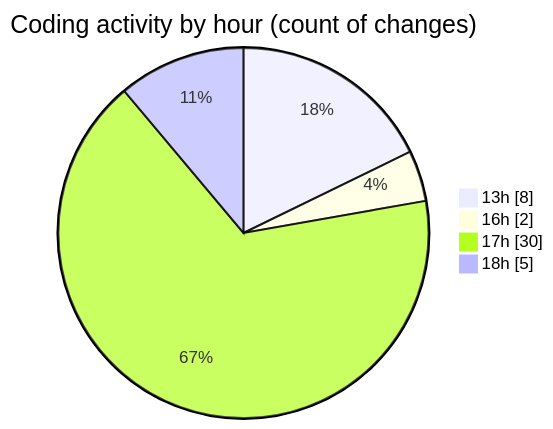
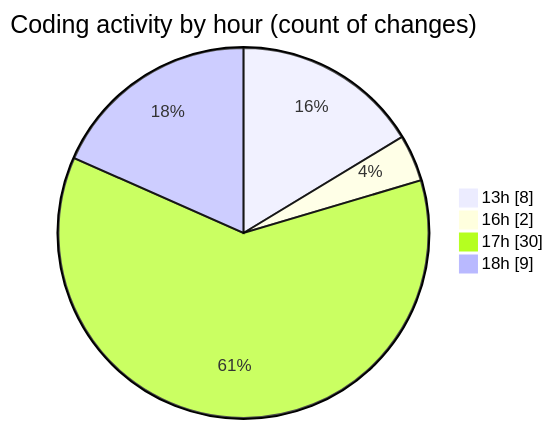
Before and after one commit to nxtqubesakshisongat/code-tracking: the second of 2 diagrams in 2025-12-10/nxtqube_webapp/README.md, drawn with Mermaid. The commit also changed other lines of this file and 1 other file, not shown here.

````diff
--- a/2025-12-10/nxtqube_webapp/README.md
+++ b/2025-12-10/nxtqube_webapp/README.md
@@ -32,8 +32,8 @@
 ```mermaid
 pie showData
 title Coding activity by hour (count of changes)
 "13h" : 8
 "16h" : 2
 "17h" : 30
-"18h" : 5
+"18h" : 9
 ```
````
